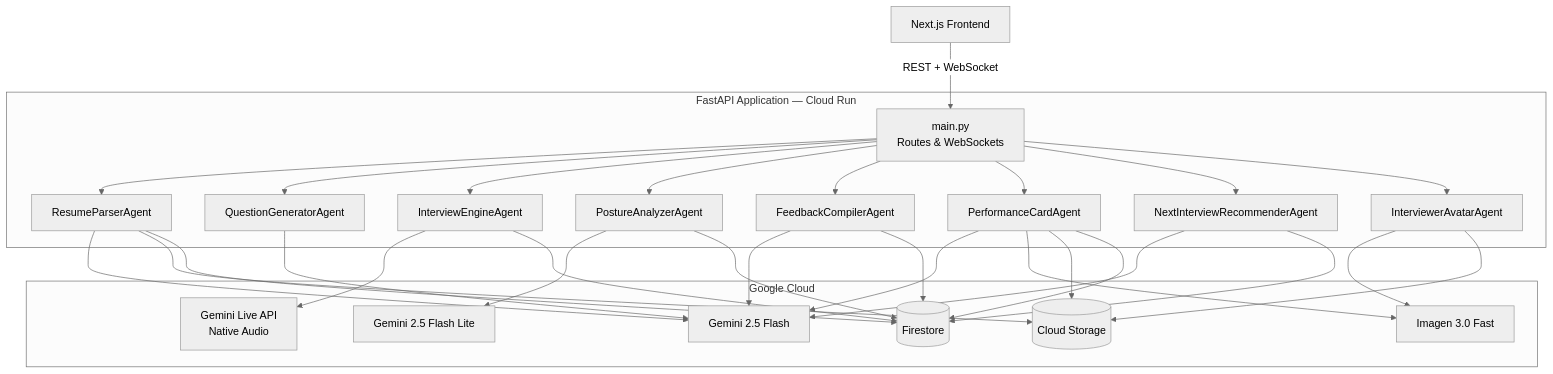
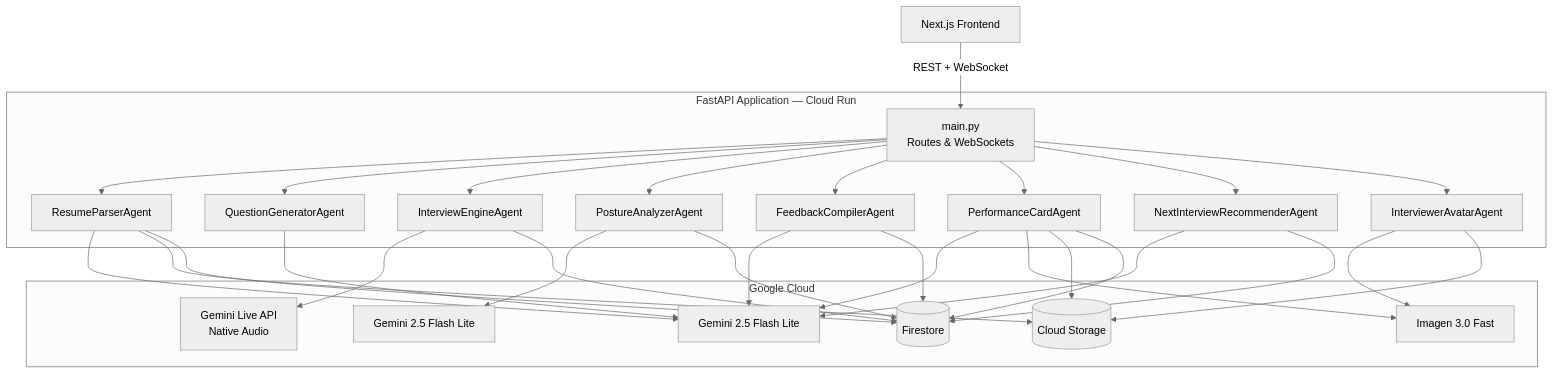
One commit to mockmate-app/mockmate changed the first of 2 diagrams in backend/README.md. Above: the diagram before and after it, drawn with Mermaid (neutral theme). The commit also changed other lines of this file and 9 other files, not shown here.

````diff
--- a/backend/README.md
+++ b/backend/README.md
@@ -9,37 +9,37 @@
 ```mermaid
 graph TB
     FE[Next.js Frontend]
 
     subgraph "FastAPI Application — Cloud Run"
         MAIN[main.py<br/>Routes & WebSockets]
         RP[ResumeParserAgent]
         QG[QuestionGeneratorAgent]
         IE[InterviewEngineAgent]
         PA[PostureAnalyzerAgent]
         FC[FeedbackCompilerAgent]
         PC[PerformanceCardAgent]
         NR[NextInterviewRecommenderAgent]
         IA[InterviewerAvatarAgent]
     end
 
     subgraph "Google Cloud"
         LIVE[Gemini Live API<br/>Native Audio]
-        FLASH[Gemini 2.5 Flash]
+        FLASH[Gemini 2.5 Flash Lite]
         FLASH_LITE[Gemini 2.5 Flash Lite]
         IMAGEN[Imagen 3.0 Fast]
         FS[(Firestore)]
         GCS[(Cloud Storage)]
     end
 
     FE -- "REST + WebSocket" --> MAIN
     MAIN --> RP & QG & IE & PA & FC & PC & NR & IA
 
     RP --> FLASH & GCS & FS
     QG --> FLASH
     IE --> LIVE & FS
     PA --> FLASH_LITE & FS
     FC --> FLASH & FS
     PC --> FLASH & IMAGEN & GCS & FS
     NR --> FLASH & FS
     IA --> IMAGEN & GCS
 ```
````
